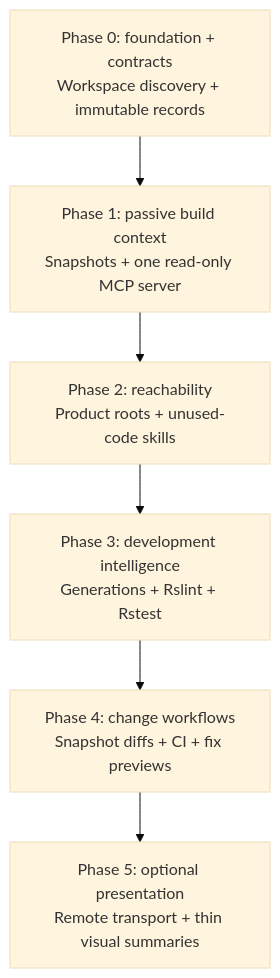
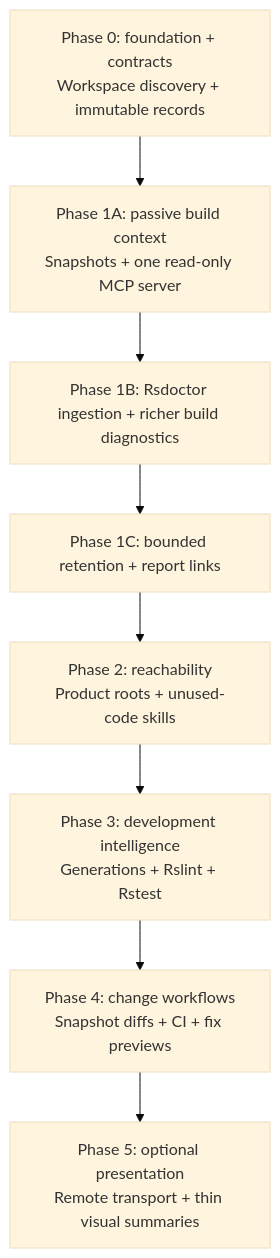
Before and after one commit to rstackjs/rstack-cli: the tenth of 10 diagrams in docs/rfcs/0001-rstack-context-engine.md, drawn with Mermaid (base theme). The commit also changed other lines of this file and 14 other files, not shown here.

Commit message:
feat(rstack): expose build context over MCP

````diff
--- a/docs/rfcs/0001-rstack-context-engine.md
+++ b/docs/rfcs/0001-rstack-context-engine.md
@@ -1096,11 +1096,13 @@
 ```mermaid
 flowchart TB
   P0["Phase 0: foundation + contracts<br/>Workspace discovery + immutable records"]
-  P1["Phase 1: passive build context<br/>Snapshots + one read-only MCP server"]
+  P1A["Phase 1A: passive build context<br/>Snapshots + one read-only MCP server"]
+  P1B["Phase 1B: Rsdoctor ingestion + richer build diagnostics"]
+  P1C["Phase 1C: bounded retention + report links"]
   P2["Phase 2: reachability<br/>Product roots + unused-code skills"]
   P3["Phase 3: development intelligence<br/>Generations + Rslint + Rstest"]
   P4["Phase 4: change workflows<br/>Snapshot diffs + CI + fix previews"]
   P5["Phase 5: optional presentation<br/>Remote transport + thin visual summaries"]
 
-  P0 --> P1 --> P2 --> P3 --> P4 --> P5
+  P0 --> P1A --> P1B --> P1C --> P2 --> P3 --> P4 --> P5
 ```
````
